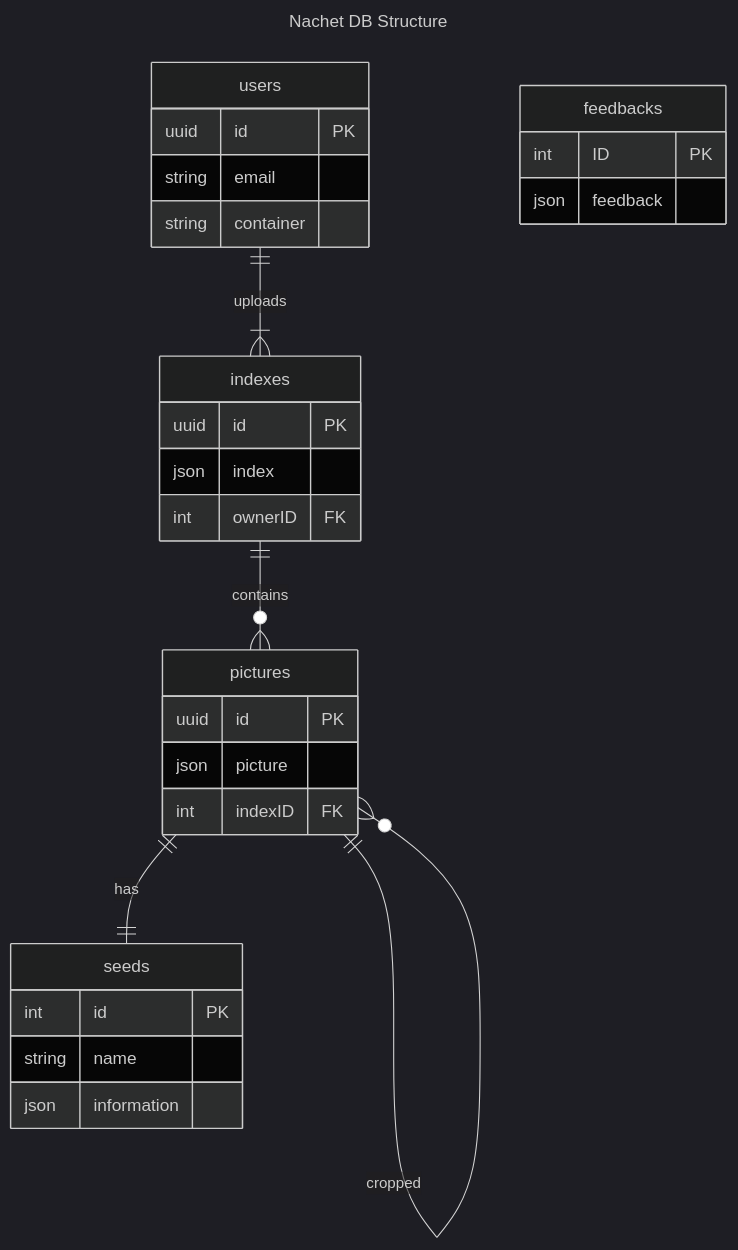
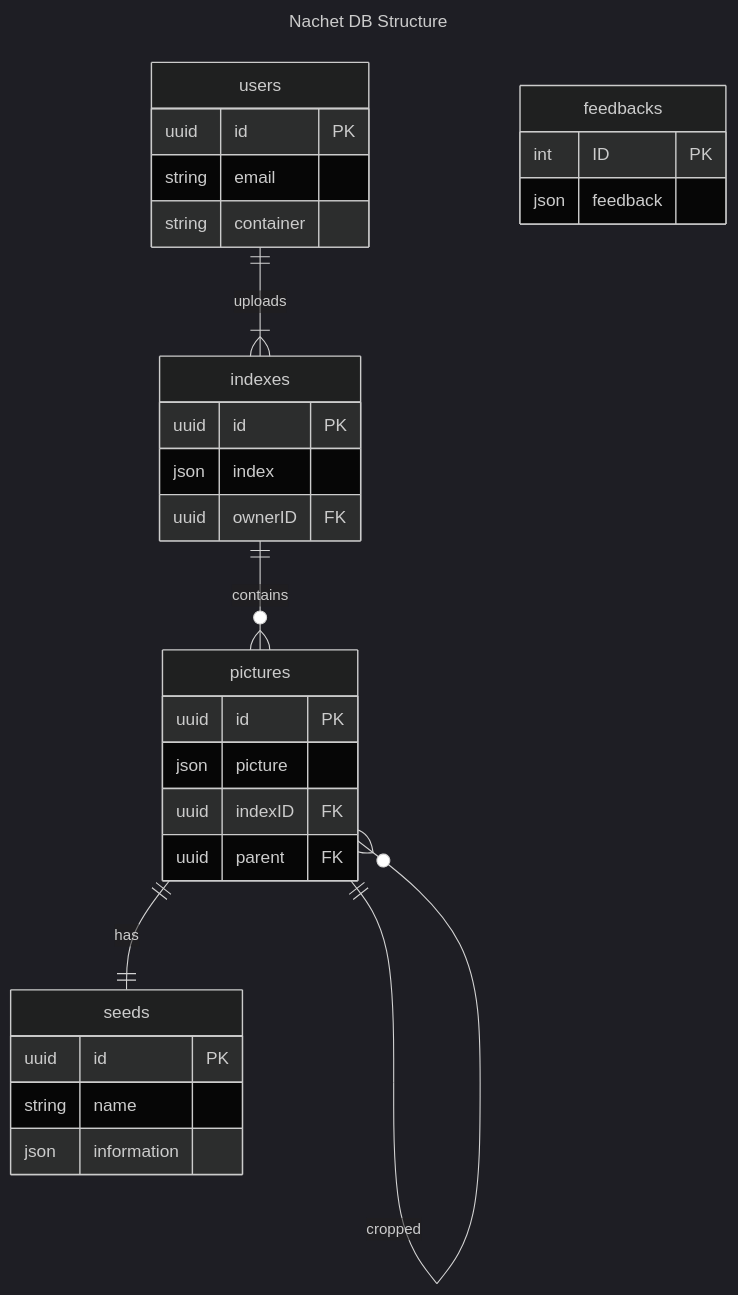
One commit to ai-cfia/ailab-datastore changed the seventh of 7 diagrams in metadata-doc.md. Above: the diagram before and after it, drawn with Mermaid (dark theme). The commit also changed other lines of this file and 13 other files, not shown here.

````diff
--- a/metadata-doc.md
+++ b/metadata-doc.md
@@ -270,36 +348,37 @@
 ``` mermaid 
 ---
 title: Nachet DB Structure
 ---
 erDiagram
   users{
     uuid id PK
     string email
     string container  
   }
   indexes{
     uuid id PK
     json index
-    int ownerID FK
+    uuid ownerID FK
   }
   pictures{
     uuid id PK
     json picture
-    int indexID FK
+    uuid indexID FK
+    uuid parent FK
   }
   feedbacks{
     int ID PK
     json feedback
   }
   seeds{
-    int id PK
+    uuid id PK
     string name
     json information
   }
 
   users ||--|{ indexes: uploads
   indexes ||--o{pictures: contains
   pictures ||--o{pictures: cropped
   pictures ||--||seeds: has
 
 ```
````
